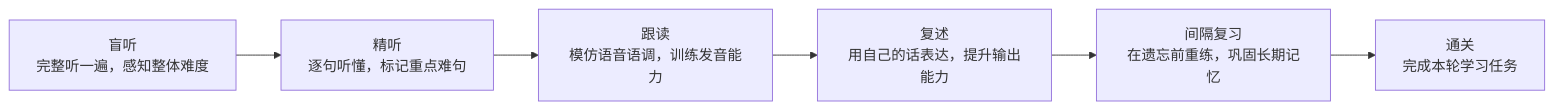
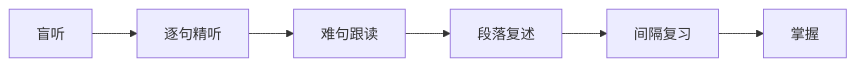
The diagram in README.md (CrazyForks/Echo-Loop), drawn with Mermaid before and after one commit. The commit also changed other lines of this file and 9 other files, not shown here.

````diff
--- a/README.md
+++ b/README.md
@@ -134,8 +76,8 @@
 ```mermaid
 flowchart LR
-  A[盲听<br/>完整听一遍，感知整体难度] --> B[精听<br/>逐句听懂，标记重点难句]
-  B --> C[跟读<br/>模仿语音语调，训练发音能力]
-  C --> D[复述<br/>用自己的话表达，提升输出能力]
-  D --> E[间隔复习<br/>在遗忘前重练，巩固长期记忆]
-  E --> F[通关<br/>完成本轮学习任务]
+  A[盲听] --> B[逐句精听]
+  B --> C[难句跟读]
+  C --> D[段落复述]
+  D --> E[间隔复习]
+  E --> F[掌握]
 ```
````
